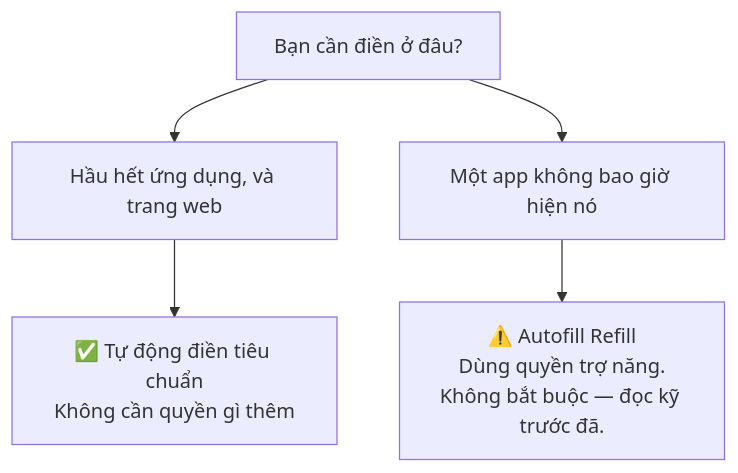
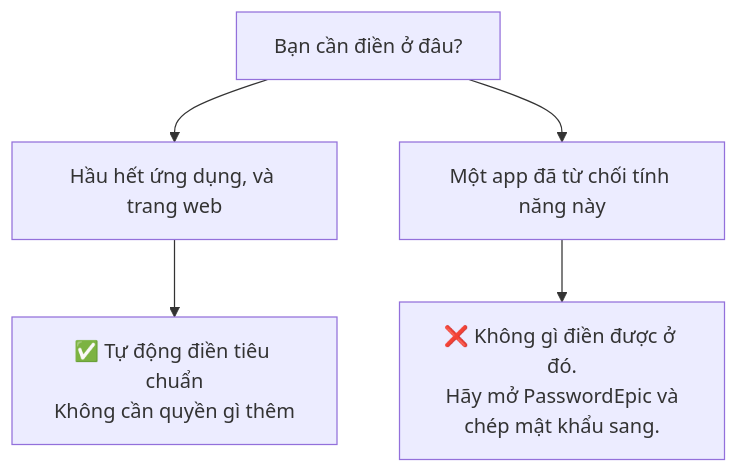
One commit to TuPhung369/passwordepic-website changed the second of 3 diagrams in i18n/vi/docusaurus-plugin-content-docs/current/autofill.md. Above: the diagram before and after it, drawn with Mermaid. The commit also changed other lines of this file and 3 other files, not shown here.

````diff
--- a/i18n/vi/docusaurus-plugin-content-docs/current/autofill.md
+++ b/i18n/vi/docusaurus-plugin-content-docs/current/autofill.md
@@ -112,7 +111,7 @@
 ```mermaid
 flowchart TD
   A["Bạn cần điền ở đâu?"] --> B["Hầu hết ứng dụng, và trang web"]
-  A --> C["Một app không bao giờ hiện nó"]
+  A --> C["Một app đã từ chối tính năng này"]
   B --> D["✅ Tự động điền tiêu chuẩn<br/>Không cần quyền gì thêm"]
-  C --> E["⚠️ Autofill Refill<br/>Dùng quyền trợ năng.<br/>Không bắt buộc — đọc kỹ trước đã."]
+  C --> E["❌ Không gì điền được ở đó.<br/>Hãy mở PasswordEpic và<br/>chép mật khẩu sang."]
 ```
````
